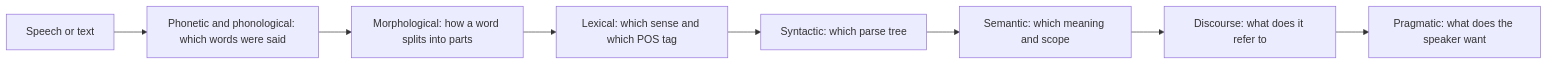
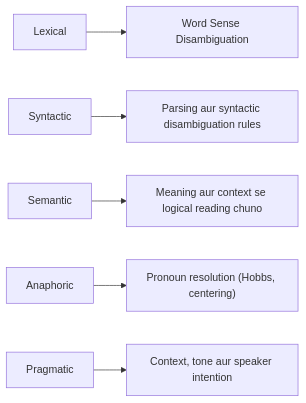
The third of 3 diagrams in content/natural-language-processing/notes/ambiguity-challenges.hi.mdx (TrendySloth1001/sem-seven-notes), drawn with Mermaid before and after one commit. The commit also changed other lines of this file and 406 other files, not shown here.

````diff
--- a/content/natural-language-processing/notes/ambiguity-challenges.hi.mdx
+++ b/content/natural-language-processing/notes/ambiguity-challenges.hi.mdx
@@ -222,11 +172,9 @@
 ```mermaid
-%% caption: Language processing ke stages aur har stage ko kaunsi ambiguity settle karni hai. Shuruaati stage ki error aage ke saare stages tak flow karti hai.
+%% caption: Har ambiguity type ka apna ilaaj hai. Aas-paas ke words aur situation use karke ek meaning chuno.
 flowchart LR
-  A["Speech or text"] --> B["Phonetic and phonological: which words were said"]
-  B --> C["Morphological: how a word splits into parts"]
-  C --> D["Lexical: which sense and which POS tag"]
-  D --> E["Syntactic: which parse tree"]
-  E --> F["Semantic: which meaning and scope"]
-  F --> G["Discourse: what does it refer to"]
-  G --> H["Pragmatic: what does the speaker want"]
+  A["Lexical"] --> A1["Word Sense Disambiguation"]
+  B["Syntactic"] --> B1["Parsing aur syntactic disambiguation rules"]
+  C["Semantic"] --> C1["Meaning aur context se logical reading chuno"]
+  D["Anaphoric"] --> D1["Pronoun resolution (Hobbs, centering)"]
+  E["Pragmatic"] --> E1["Context, tone aur speaker intention"]
 ```
````
